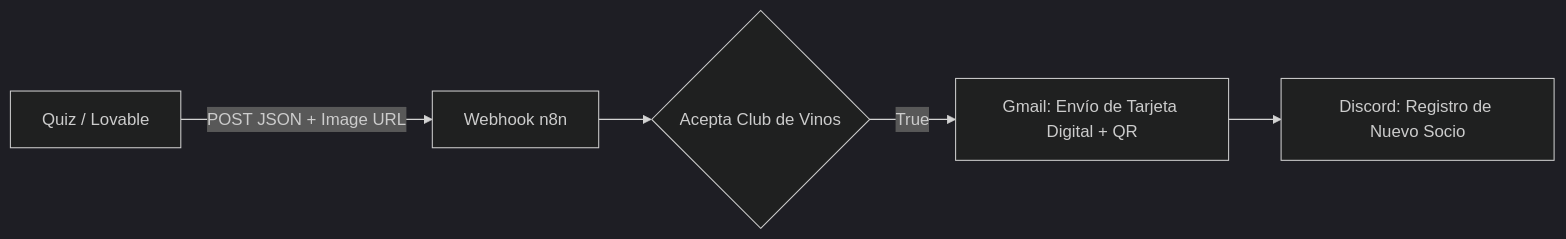
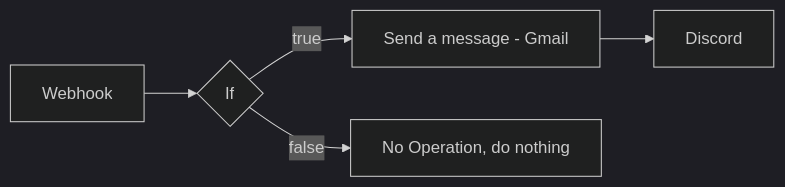
One commit to HuguettePtite/vibecoders-league changed the diagram in Proyecto-4-Automatización de Flujos y Acciones Encadenadas (n8n)/README.md. Above: the diagram before and after it, drawn with Mermaid (dark theme). The commit also changed other lines of this file, not shown here.

First line of the commit message:
Revise workflow diagrams in README.md

````diff
--- a/Proyecto-4-Automatización de Flujos y Acciones Encadenadas (n8n)/README.md
+++ b/Proyecto-4-Automatización de Flujos y Acciones Encadenadas (n8n)/README.md
@@ -55,8 +55,8 @@
 ```mermaid
 graph LR
-    A[Quiz / Lovable] -->|POST JSON + Image URL| B[Webhook n8n]
-    B --> C{Acepta Club de Vinos}
-    C -->|True| D[Gmail: Envío de Tarjeta Digital + QR]
-    D --> E[Discord: Registro de Nuevo Socio]
+   A[Webhook] --> B{If}
+    B -->|true| C[Send a message - Gmail]
+    B -->|false| D[No Operation, do nothing]
+    C --> E[Discord]
 
 ```
````
